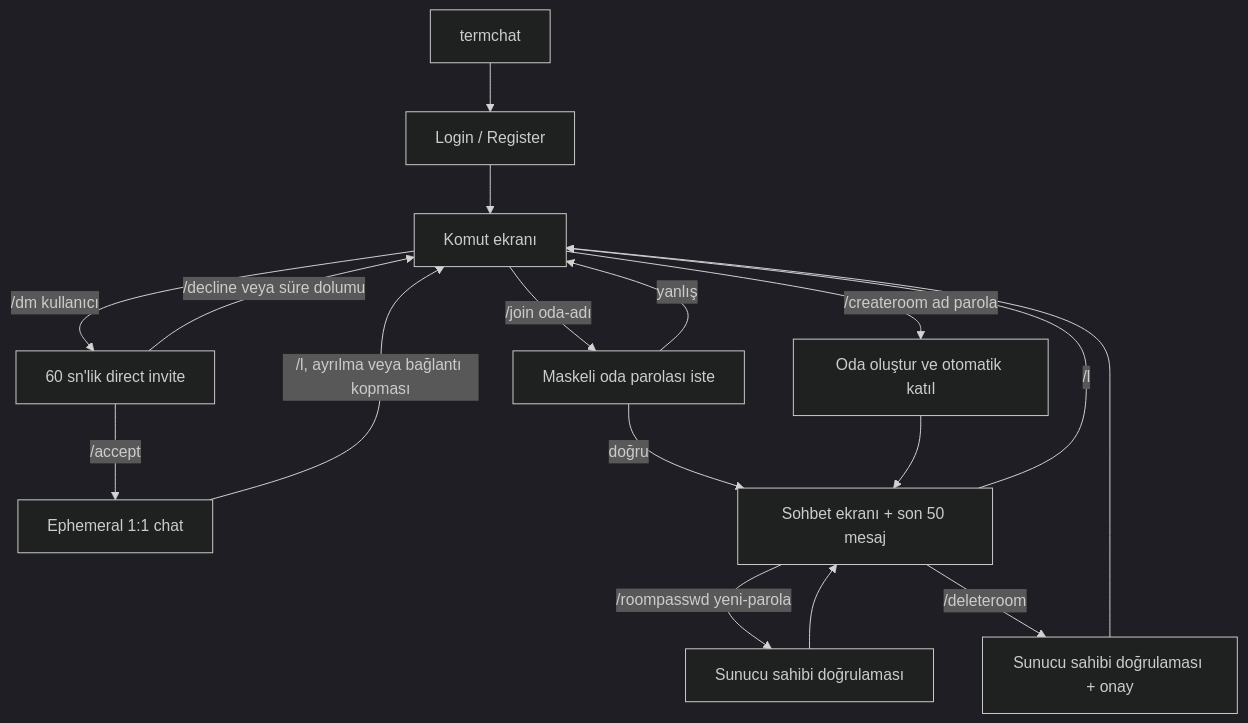
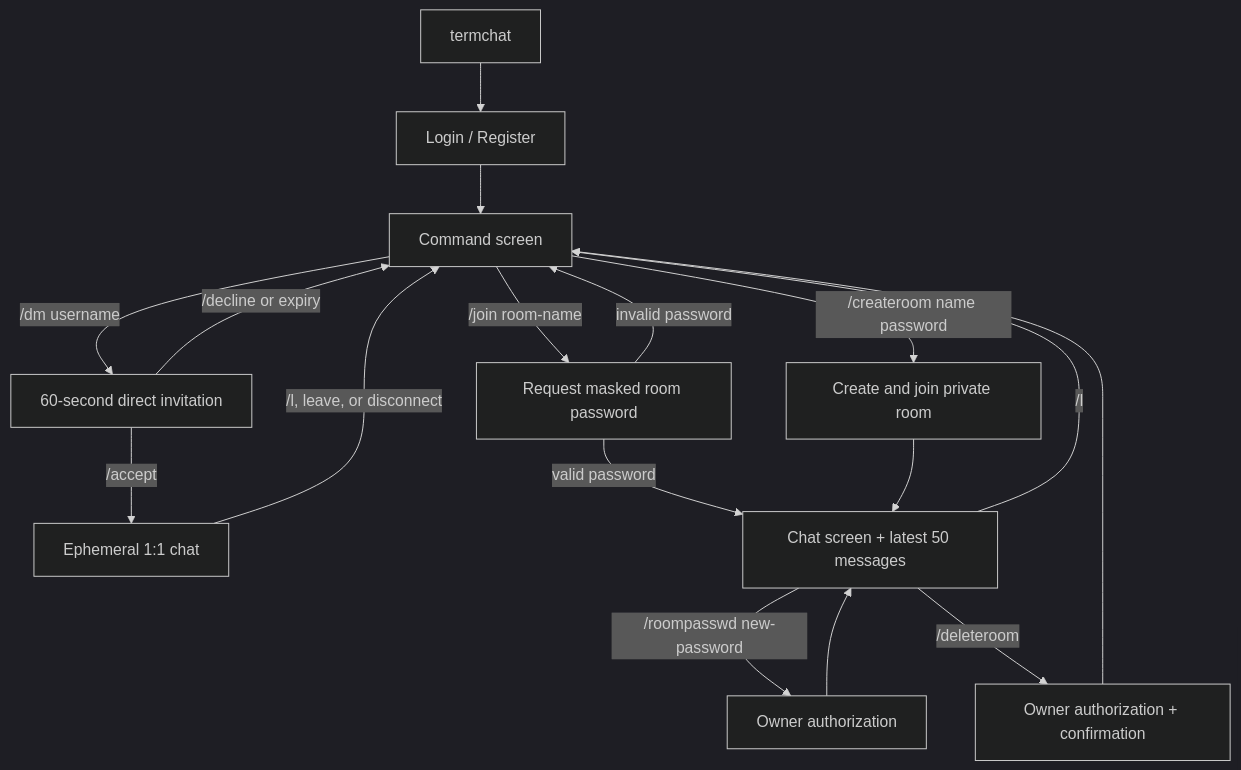
Before and after one commit to xdjanisxd/termchat: the diagram in docs/03-komut-ve-protokol.md, drawn with Mermaid (dark theme). The commit also changed other lines of this file and 3 other files, not shown here.

````diff
--- a/docs/03-komut-ve-protokol.md
+++ b/docs/03-komut-ve-protokol.md
@@ -5,19 +5,19 @@
 ```mermaid
 flowchart TD
   START[termchat] --> AUTH[Login / Register]
-  AUTH --> HOME[Komut ekranı]
-  HOME -->|/createroom ad parola| CREATE[Oda oluştur ve otomatik katıl]
-  HOME -->|/join oda-adı| PROMPT[Maskeli oda parolası iste]
-  HOME -->|/dm kullanıcı| DIRECT_INVITE[60 sn'lik direct invite]
+  AUTH --> HOME[Command screen]
+  HOME -->|/createroom name password| CREATE[Create and join private room]
+  HOME -->|/join room-name| PROMPT[Request masked room password]
+  HOME -->|/dm username| DIRECT_INVITE[60-second direct invitation]
   DIRECT_INVITE -->|/accept| DIRECT_CHAT[Ephemeral 1:1 chat]
-  DIRECT_INVITE -->|/decline veya süre dolumu| HOME
-  DIRECT_CHAT -->|/l, ayrılma veya bağlantı kopması| HOME
-  PROMPT -->|doğru| CHAT[Sohbet ekranı + son 50 mesaj]
-  PROMPT -->|yanlış| HOME
+  DIRECT_INVITE -->|/decline or expiry| HOME
+  DIRECT_CHAT -->|/l, leave, or disconnect| HOME
+  PROMPT -->|valid password| CHAT[Chat screen + latest 50 messages]
+  PROMPT -->|invalid password| HOME
   CREATE --> CHAT
   CHAT -->|/l| HOME
-  CHAT -->|/roompasswd yeni-parola| CHANGE[Sunucu sahibi doğrulaması]
-  CHAT -->|/deleteroom| DELETE[Sunucu sahibi doğrulaması + onay]
+  CHAT -->|/roompasswd new-password| CHANGE[Owner authorization]
+  CHAT -->|/deleteroom| DELETE[Owner authorization + confirmation]
   CHANGE --> CHAT
   DELETE --> HOME
 ```
````
